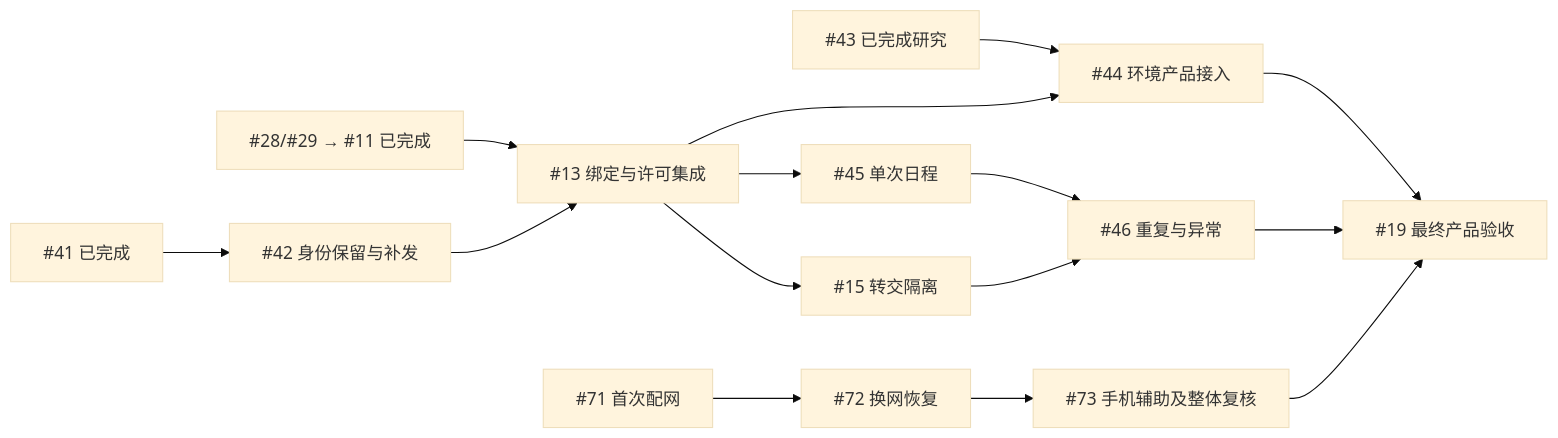
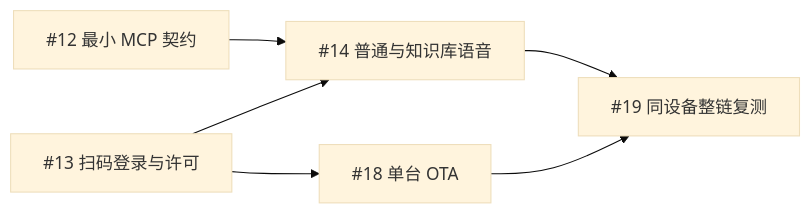
One commit to yanghan24/xiaozhi changed the diagram in docs/planning/task-spec-index.md. Above: the diagram before and after it, drawn with Mermaid (base theme). The commit also changed other lines of this file and 1 other file, not shown here.

Commit message:
docs: focus delivery on single-device login voice MCP and OTA

````diff
--- a/docs/planning/task-spec-index.md
+++ b/docs/planning/task-spec-index.md
@@ -49,13 +19,8 @@
 ```mermaid
 flowchart LR
-  I["#28/#29 → #11 已完成"] --> B["#13 绑定与许可集成"]
-  D["#41 已完成"] --> R["#42 身份保留与补发"] --> B
-  W["#43 已完成研究"] --> E["#44 环境产品接入"]
-  B --> E
-  B --> S["#45 单次日程"] --> T["#46 重复与异常"]
-  B --> U["#15 转交隔离"] --> T
-  N1["#71 首次配网"] --> N2["#72 换网恢复"] --> N3["#73 手机辅助及整体复核"]
-  E --> F["#19 最终产品验收"]
-  T --> F
-  N3 --> F
+  K["#12 最小 MCP 契约"] --> V["#14 普通与知识库语音"]
+  L["#13 扫码登录与许可"] --> V
+  L --> O["#18 单台 OTA"]
+  V --> T["#19 同设备整链复测"]
+  O --> T
 ```
````
